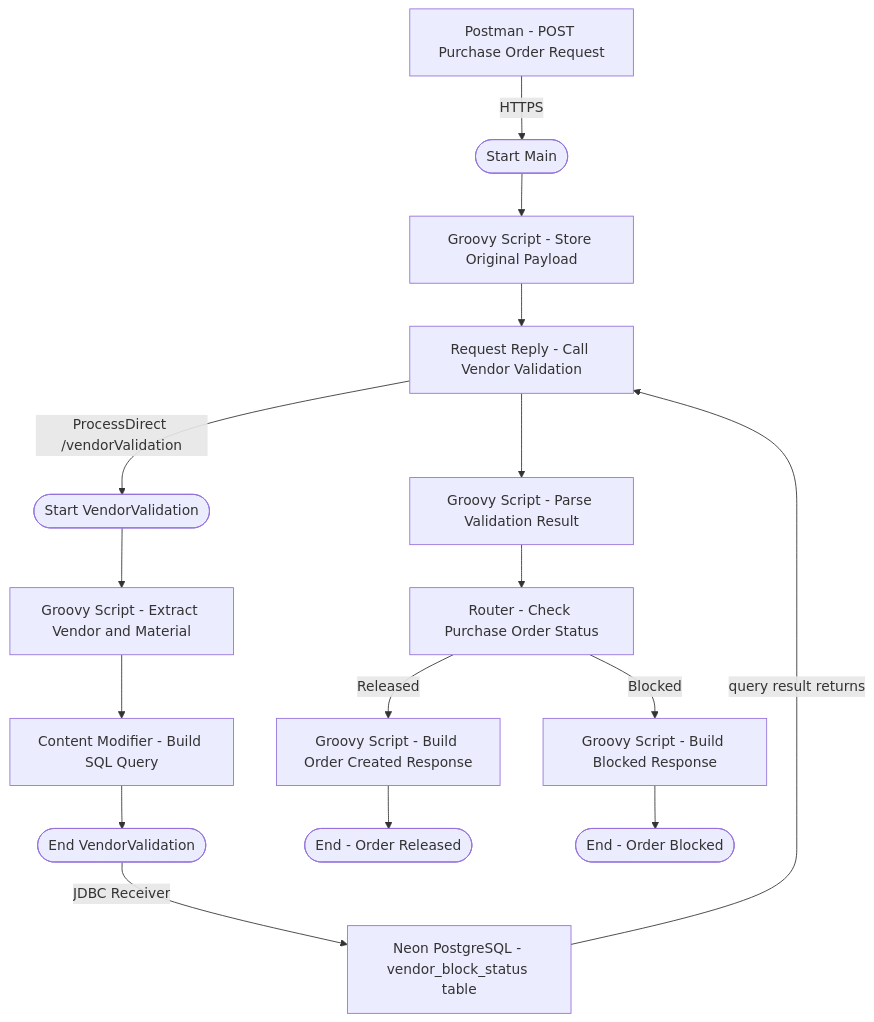
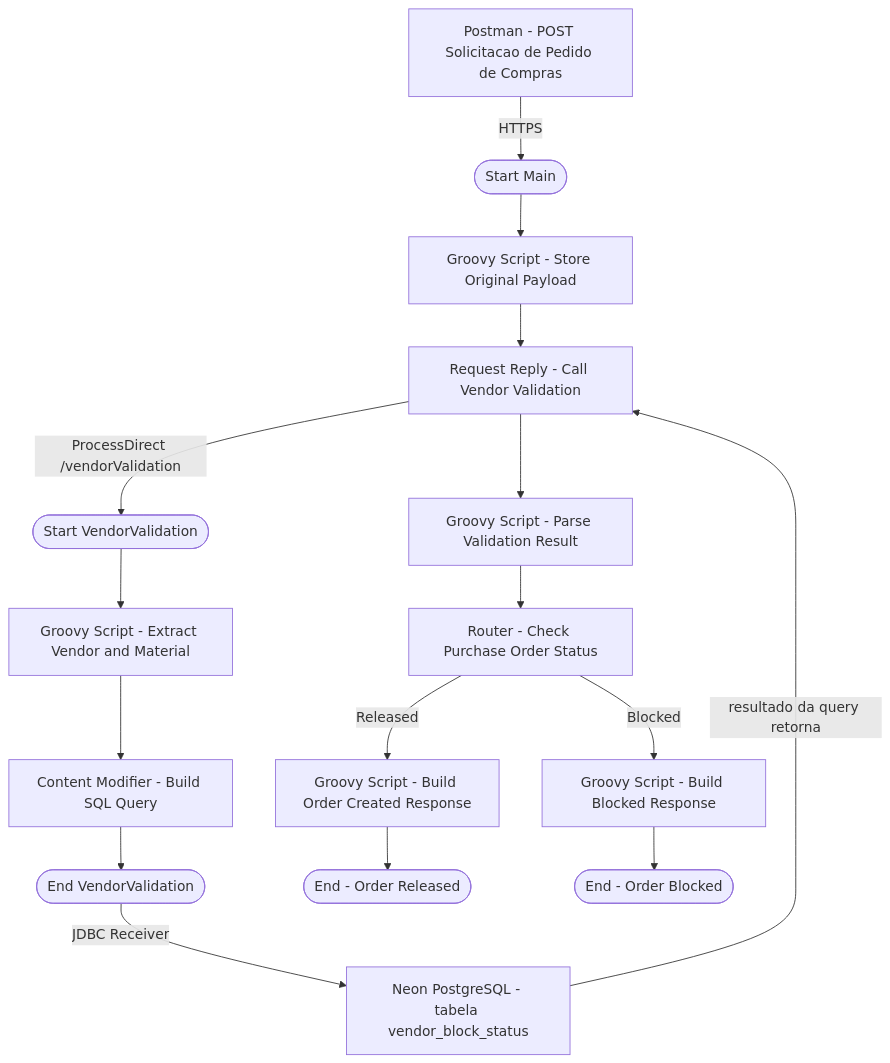
Before and after one commit to OrlandoCaetano2026/SAP_Integration_Suite_Learning: the second of 2 diagrams in docs/19-d4-processdirect.md, drawn with Mermaid. The commit also changed other lines of this file, not shown here.

Commit message:
docs: adiciona D4 ProcessDirect + JDBC em PT (lab17) - validacao de fornecedor via banco Neon, 3 cenarios testados, D5 mergeado no D4

````diff
--- a/docs/19-d4-processdirect.md
+++ b/docs/19-d4-processdirect.md
@@ -61,18 +61,18 @@
 ```mermaid
 flowchart TB
-    A["Postman - POST Purchase Order Request"] -->|"HTTPS"| B(["Start Main"])
+    A["Postman - POST Solicitacao de Pedido de Compras"] -->|"HTTPS"| B(["Start Main"])
     B --> C["Groovy Script - Store Original Payload"]
     C --> D["Request Reply - Call Vendor Validation"]
     D -->|"ProcessDirect /vendorValidation"| E(["Start VendorValidation"])
     E --> F["Groovy Script - Extract Vendor and Material"]
     F --> G["Content Modifier - Build SQL Query"]
     G --> H(["End VendorValidation"])
-    H -->|"JDBC Receiver"| I["Neon PostgreSQL - vendor_block_status table"]
-    I -->|"query result returns"| D
+    H -->|"JDBC Receiver"| I["Neon PostgreSQL - tabela vendor_block_status"]
+    I -->|"resultado da query retorna"| D
     D --> J["Groovy Script - Parse Validation Result"]
     J --> K["Router - Check Purchase Order Status"]
     K -->|"Released"| L["Groovy Script - Build Order Created Response"]
     K -->|"Blocked"| M["Groovy Script - Build Blocked Response"]
     L --> N(["End - Order Released"])
     M --> O(["End - Order Blocked"])
 ```
````
